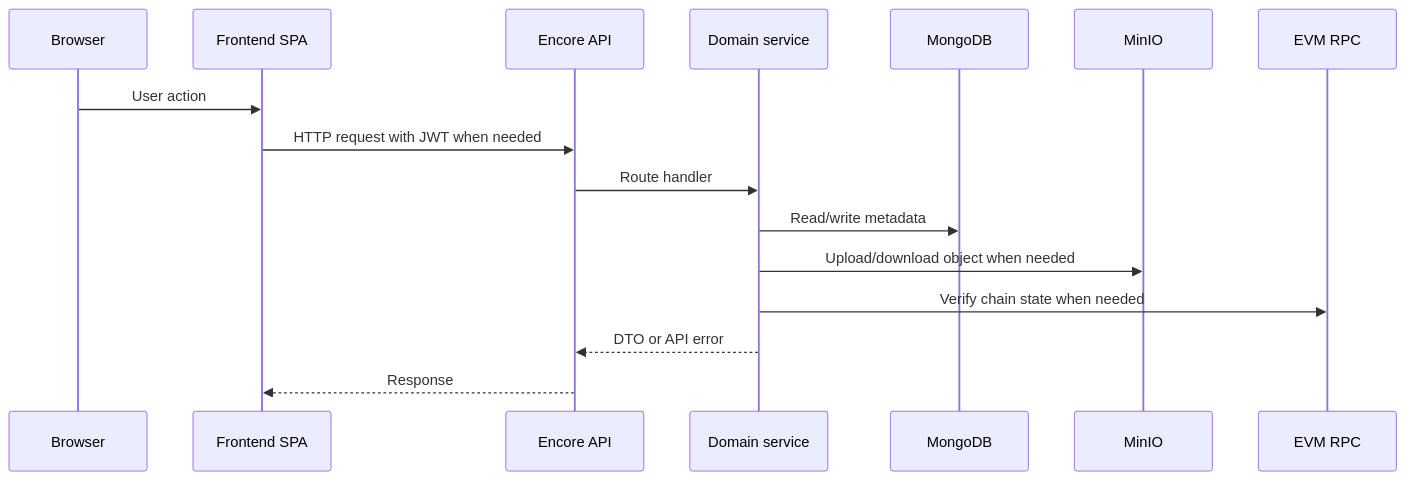
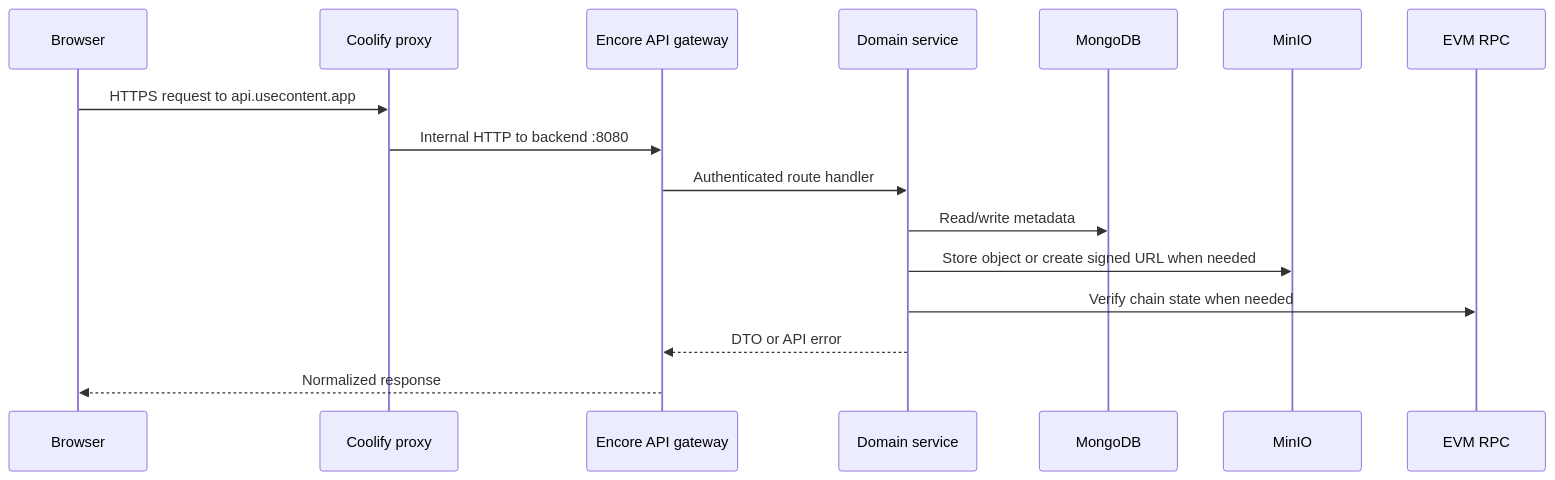
The first of 3 diagrams in documentation/backend/operations.md (akhmetovKamil/useContent), drawn with Mermaid before and after one commit. The commit also changed other lines of this file and 27 other files, not shown here.

````diff
--- a/documentation/backend/operations.md
+++ b/documentation/backend/operations.md
@@ -7,19 +7,19 @@
 ```mermaid
 sequenceDiagram
     participant Browser
-    participant Frontend as Frontend SPA
-    participant API as Encore API
+    participant Proxy as Coolify proxy
+    participant API as Encore API gateway
     participant Service as Domain service
     participant DB as MongoDB
     participant Storage as MinIO
     participant RPC as EVM RPC
 
-    Browser->>Frontend: User action
-    Frontend->>API: HTTP request with JWT when needed
-    API->>Service: Route handler
+    Browser->>Proxy: HTTPS request to api.usecontent.app
+    Proxy->>API: Internal HTTP to backend :8080
+    API->>Service: Authenticated route handler
     Service->>DB: Read/write metadata
-    Service->>Storage: Upload/download object when needed
+    Service->>Storage: Store object or create signed URL when needed
     Service->>RPC: Verify chain state when needed
     Service-->>API: DTO or API error
-    API-->>Frontend: Response
+    API-->>Browser: Normalized response
 ```
````
